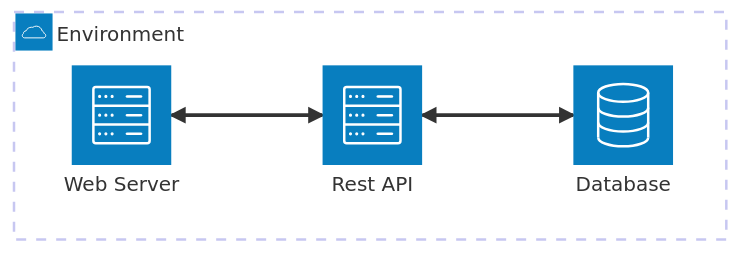
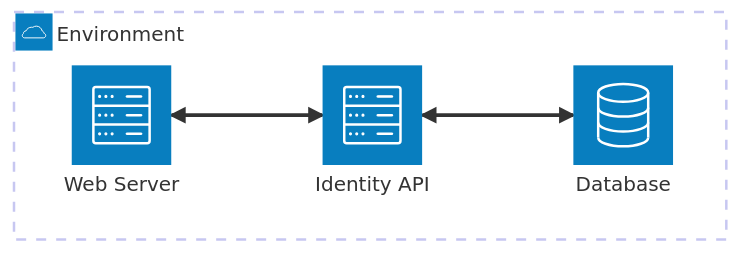
The diagram in README.md (eebaez/node-identity-management-system), drawn with Mermaid before and after one commit. The commit also changed 8 other files, not shown here.

Commit message:
Setup Identity-API and developed Login endpoint to handle user authentication

````diff
--- a/README.md
+++ b/README.md
@@ -22,11 +22,11 @@
 ```mermaid
     architecture-beta
     group mygroup(cloud) [Environment]
 
     service web-server(server) [Web Server] in mygroup
-    service rest-api(server) [Rest API] in mygroup
+    service rest-api(server) [Identity API] in mygroup
     service my-db(database) [Database] in mygroup
 
     web-server:R <--> L:rest-api
     rest-api:R <--> L:my-db
 ```
````
